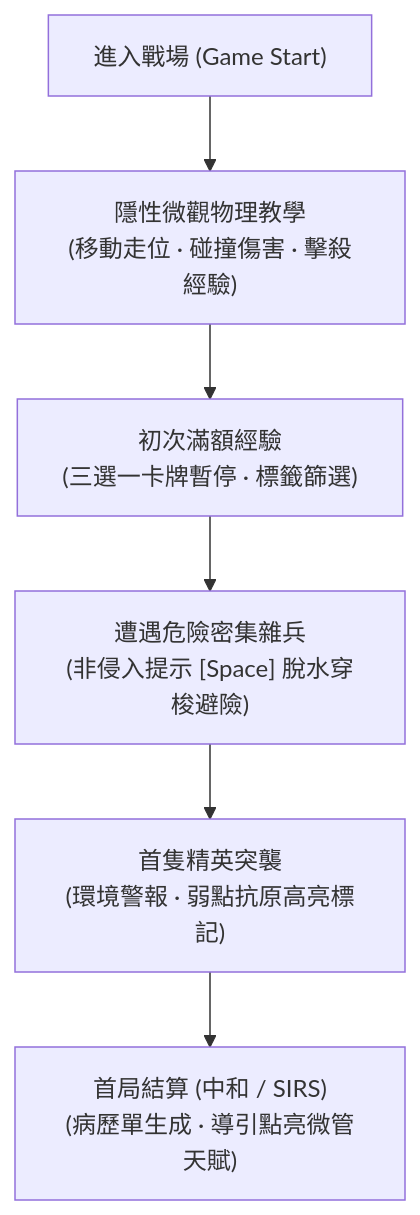
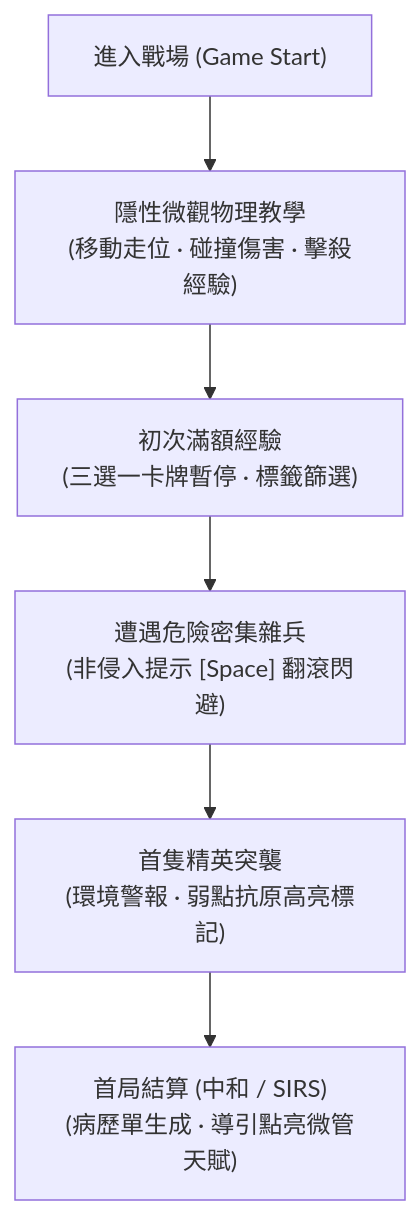
One commit to skyrocket-qy/Phagocyte changed the first of 2 diagrams in docs/tutorial.md. Above: the diagram before and after it, drawn with Mermaid. The commit also changed other lines of this file and 19 other files, not shown here.

````diff
--- a/docs/tutorial.md
+++ b/docs/tutorial.md
@@ -14,8 +14,8 @@
 ```mermaid
 flowchart TD
     A["進入戰場 (Game Start)"] --> B["隱性微觀物理教學<br>(移動走位 · 碰撞傷害 · 擊殺經驗)"]
     B --> C["初次滿額經驗<br>(三選一卡牌暫停 · 標籤篩選)"]
-    C --> D["遭遇危險密集雜兵<br>(非侵入提示 [Space] 脫水穿梭避險)"]
+    C --> D["遭遇危險密集雜兵<br>(非侵入提示 [Space] 翻滾閃避)"]
     D --> E["首隻精英突襲<br>(環境警報 · 弱點抗原高亮標記)"]
     E --> F["首局結算 (中和 / SIRS)<br>(病歷單生成 · 導引點亮微管天賦)"]
 ```
````
